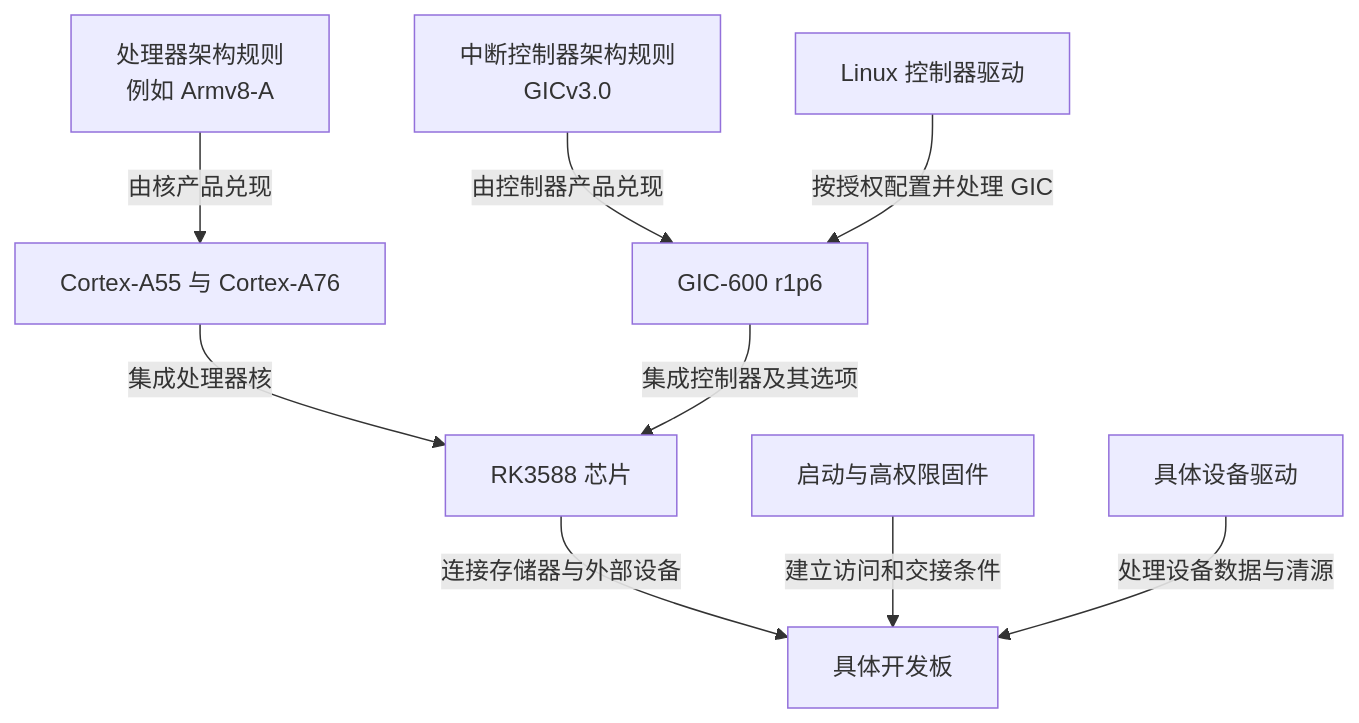
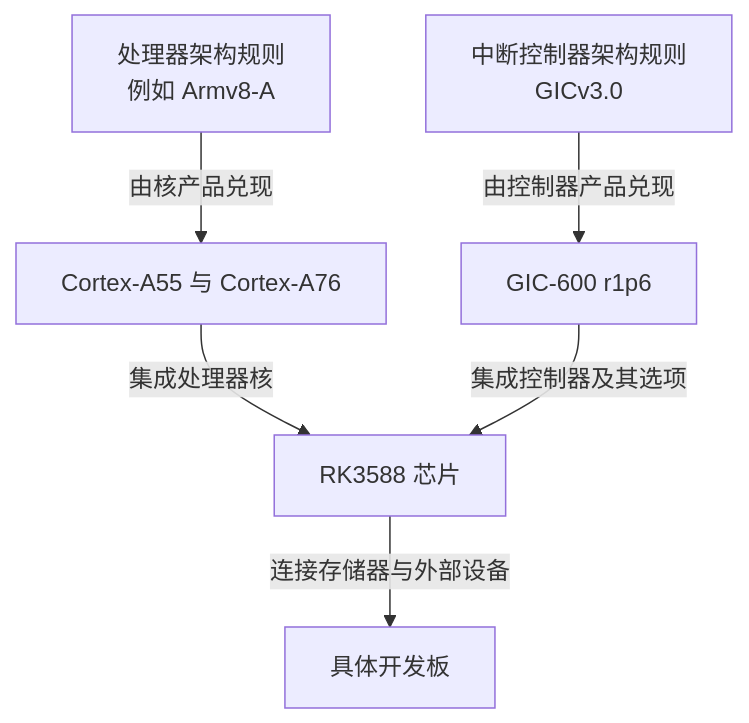
One commit to FormingSystem/linux_note changed the diagram in platforms/arm/architecture/gic/P02_从控制器规则到芯片与软件身份.md. Above: the diagram before and after it, drawn with Mermaid. The commit also changed other lines of this file and 124 other files, not shown here.

````diff
--- a/platforms/arm/architecture/gic/P02_从控制器规则到芯片与软件身份.md
+++ b/platforms/arm/architecture/gic/P02_从控制器规则到芯片与软件身份.md
@@ -61,11 +73,8 @@
 ```mermaid
 flowchart TD
     processor_rules["处理器架构规则<br/>例如 Armv8-A"] -->|"由核产品兑现"| cores["Cortex-A55 与 Cortex-A76"]
     gic_rules["中断控制器架构规则<br/>GICv3.0"] -->|"由控制器产品兑现"| gic_product["GIC-600 r1p6"]
     cores -->|"集成处理器核"| soc["RK3588 芯片"]
     gic_product -->|"集成控制器及其选项"| soc
     soc -->|"连接存储器与外部设备"| board["具体开发板"]
-    firmware["启动与高权限固件"] -->|"建立访问和交接条件"| board
-    kernel["Linux 控制器驱动"] -->|"按授权配置并处理 GIC"| gic_product
-    driver["具体设备驱动"] -->|"处理设备数据与清源"| board
 ```
````
